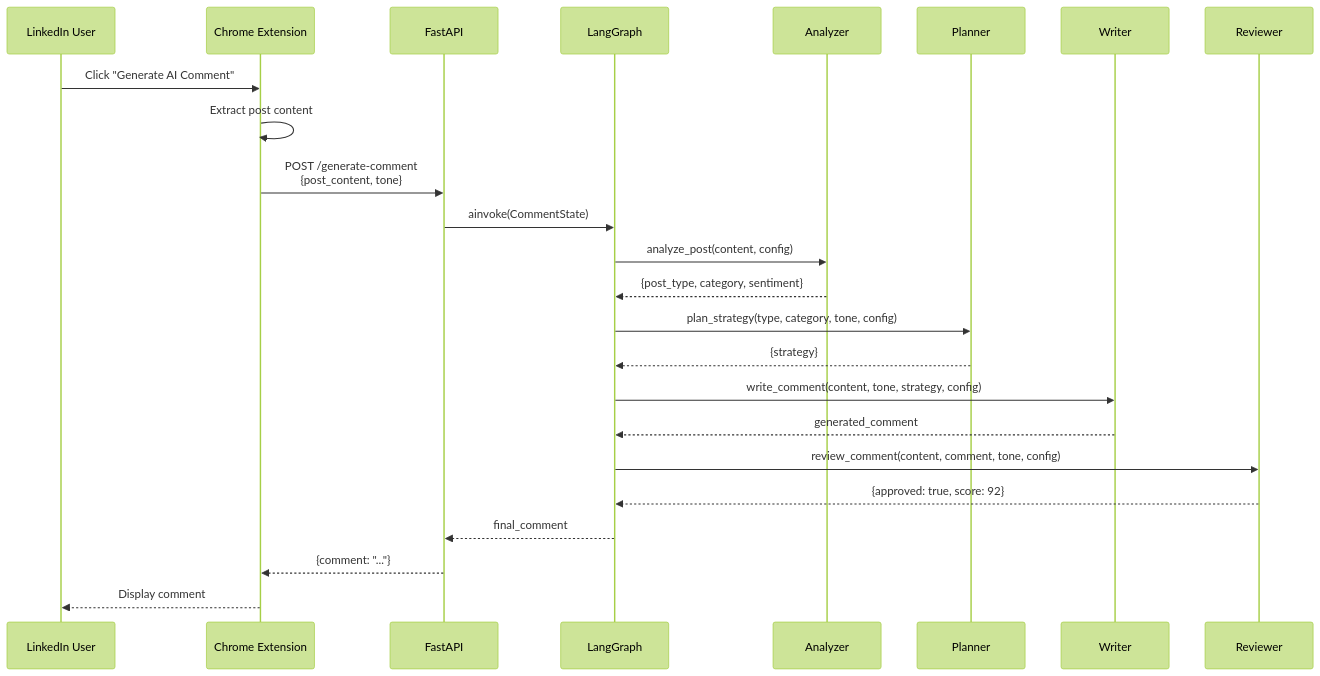
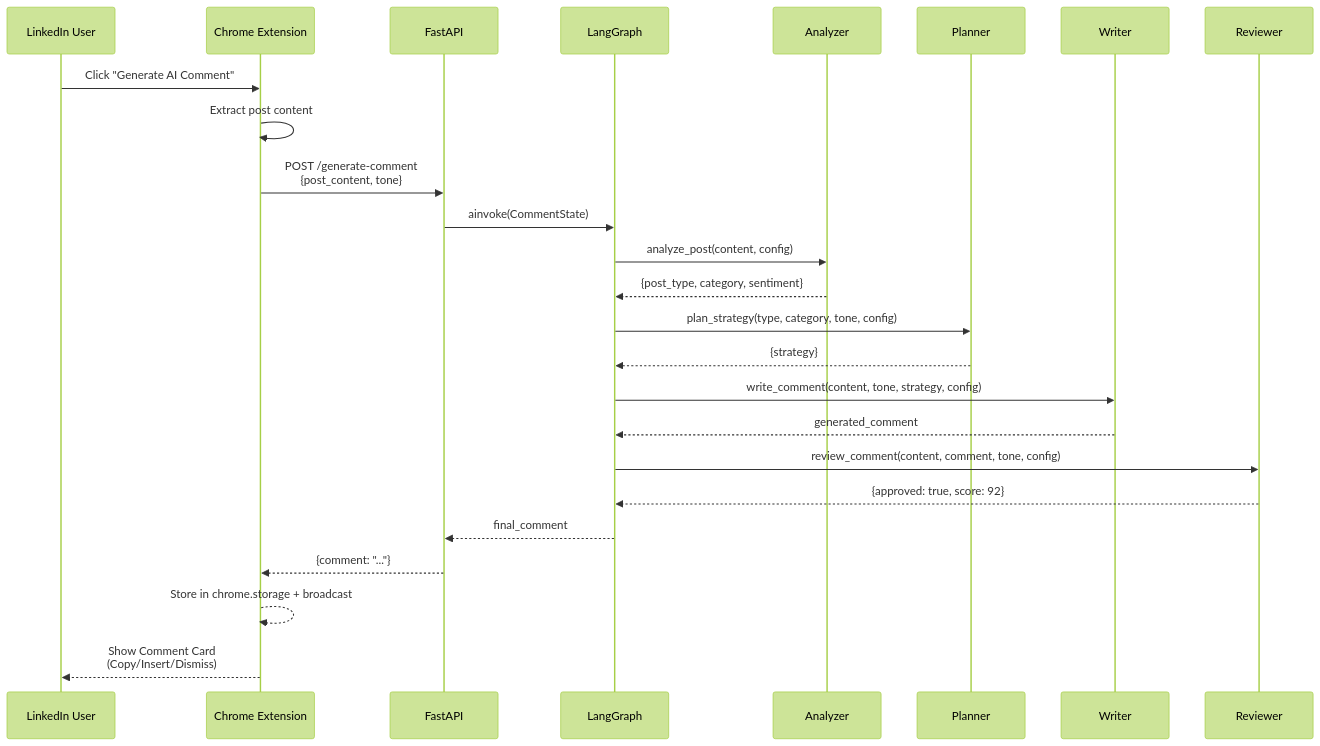
Before and after one commit to himanshu231204/linkedin-ai-comment-copilot: the fourth of 9 diagrams in doc/ARCHITECTURE.md, drawn with Mermaid (forest theme). The commit also changed other lines of this file and 2 other files, not shown here.

Commit message:
feat: enhance README and architecture documentation with new comment card features and updated message flow

````diff
--- a/doc/ARCHITECTURE.md
+++ b/doc/ARCHITECTURE.md
@@ -169,33 +167,34 @@
 ```mermaid
 sequenceDiagram
     participant User as LinkedIn User
     participant Ext as Chrome Extension
     participant API as FastAPI
     participant LG as LangGraph
     participant A as Analyzer
     participant P as Planner
     participant W as Writer
     participant R as Reviewer
 
     User->>Ext: Click "Generate AI Comment"
     Ext->>Ext: Extract post content
     Ext->>API: POST /generate-comment<br/>{post_content, tone}
 
     API->>LG: ainvoke(CommentState)
 
     LG->>A: analyze_post(content, config)
     A-->>LG: {post_type, category, sentiment}
 
     LG->>P: plan_strategy(type, category, tone, config)
     P-->>LG: {strategy}
 
     LG->>W: write_comment(content, tone, strategy, config)
     W-->>LG: generated_comment
 
     LG->>R: review_comment(content, comment, tone, config)
     R-->>LG: {approved: true, score: 92}
 
     LG-->>API: final_comment
     API-->>Ext: {comment: "..."}
-    Ext-->>User: Display comment
+    Ext-->>Ext: Store in chrome.storage + broadcast
+    Ext-->>User: Show Comment Card<br/>(Copy/Insert/Dismiss)
 ```
````
